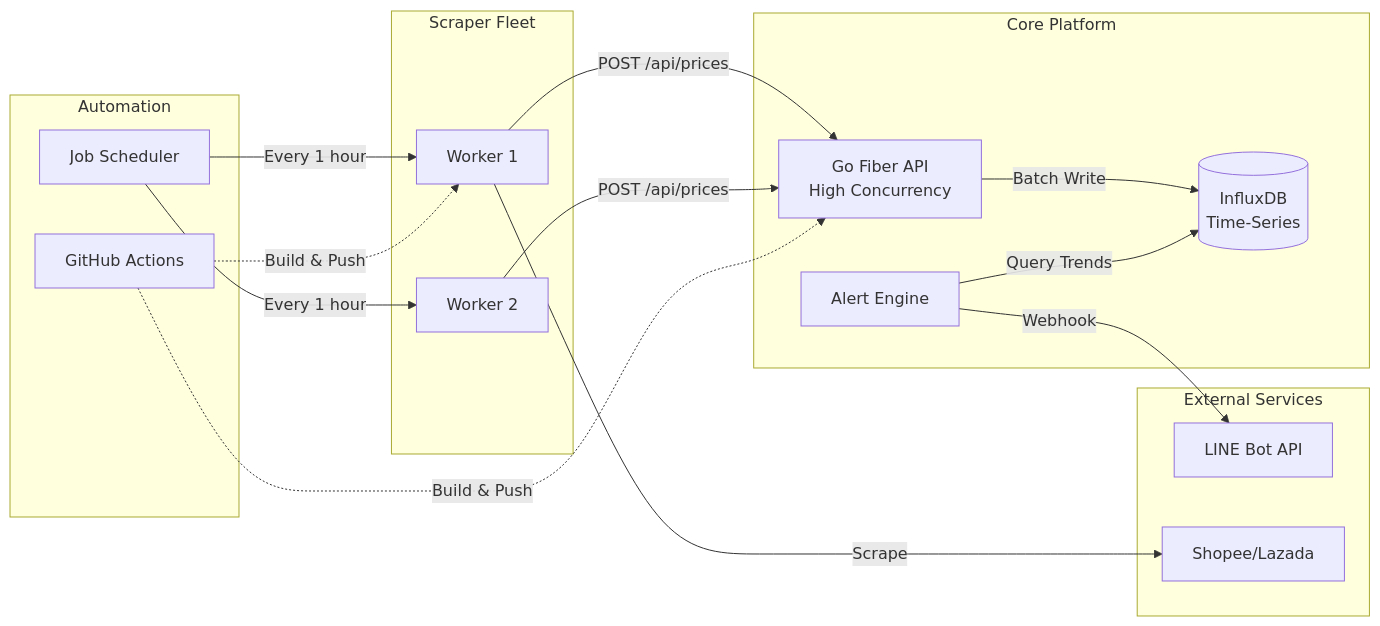
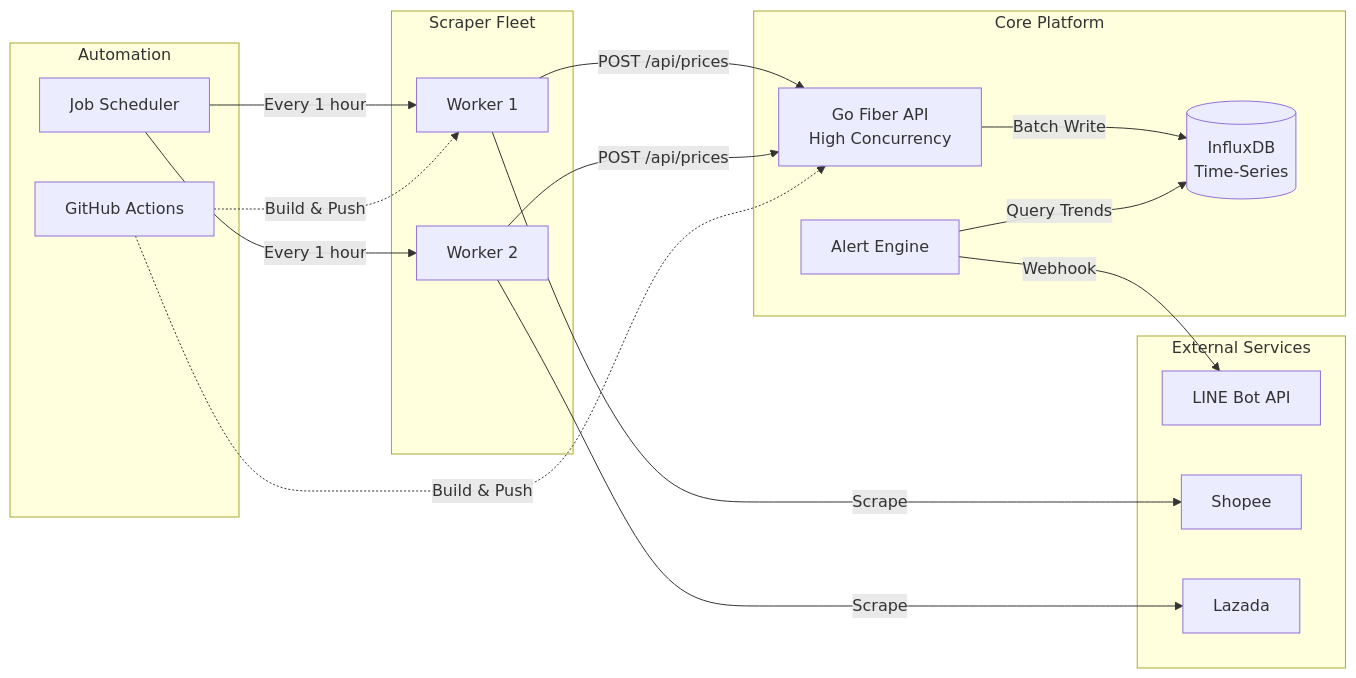
Before and after one commit to thitipongroo/omni-tracker: the diagram in README.md, drawn with Mermaid.

Commit message:
update: readme

````diff
--- a/README.md
+++ b/README.md
@@ -24,34 +24,36 @@
 ```mermaid
 flowchart LR
     subgraph Automation [Automation]
         CI[GitHub Actions]
         CRON[Job Scheduler]
     end
 
     subgraph Scrapers [Scraper Fleet]
         S1[Worker 1]
         S2[Worker 2]
     end
 
     subgraph Core [Core Platform]
         GO["Go Fiber API\nHigh Concurrency"]
         DB[("InfluxDB\nTime-Series")]
         ALERT[Alert Engine]
     end
     
     subgraph External [External Services]
         LINE[LINE Bot API]
-        ECOM[Shopee/Lazada]
+        ECOM1[Shopee]
+        ECOM2[Lazada]
     end
 
     CRON -->|Every 1 hour| S1
     CRON -->|Every 1 hour| S2
-    S1 -->|Scrape| ECOM
+    S1 -->|Scrape| ECOM1
     S1 -->|POST /api/prices| GO
+    S2 -->|Scrape| ECOM2
     S2 -->|POST /api/prices| GO
     GO -->|Batch Write| DB
     ALERT -->|Query Trends| DB
     ALERT -->|Webhook| LINE
     CI -.->|Build & Push| GO
     CI -.->|Build & Push| S1
 ```
````
